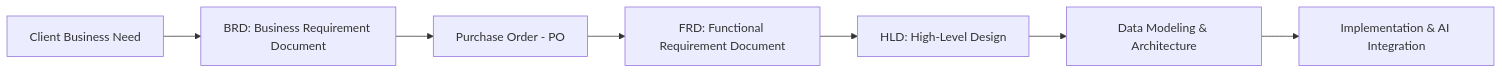
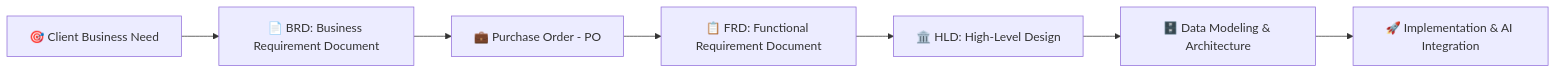
The first of 2 diagrams in ClassNotes/002.IntroductionToAgenticAI-11-10-2026/notes.md (devopsinsiders/agentic-ai-fde-batch-1), drawn with Mermaid before and after one commit. The commit also changed other lines of this file and 1 other file, not shown here.

````diff
--- a/ClassNotes/002.IntroductionToAgenticAI-11-10-2026/notes.md
+++ b/ClassNotes/002.IntroductionToAgenticAI-11-10-2026/notes.md
@@ -54,9 +54,9 @@
 ```mermaid
 flowchart LR
-    A[Client Business Need] --> B[BRD: Business Requirement Document]
-    B --> C[Purchase Order - PO]
-    C --> D[FRD: Functional Requirement Document]
-    D --> E[HLD: High-Level Design]
-    E --> F[Data Modeling & Architecture]
-    F --> G[Implementation & AI Integration]
+    A["🎯 Client Business Need"] --> B["📄 BRD: Business Requirement Document"]
+    B --> C["💼 Purchase Order - PO"]
+    C --> D["📋 FRD: Functional Requirement Document"]
+    D --> E["🏛️ HLD: High-Level Design"]
+    E --> F["🗄️ Data Modeling & Architecture"]
+    F --> G["🚀 Implementation & AI Integration"]
 ```
````
